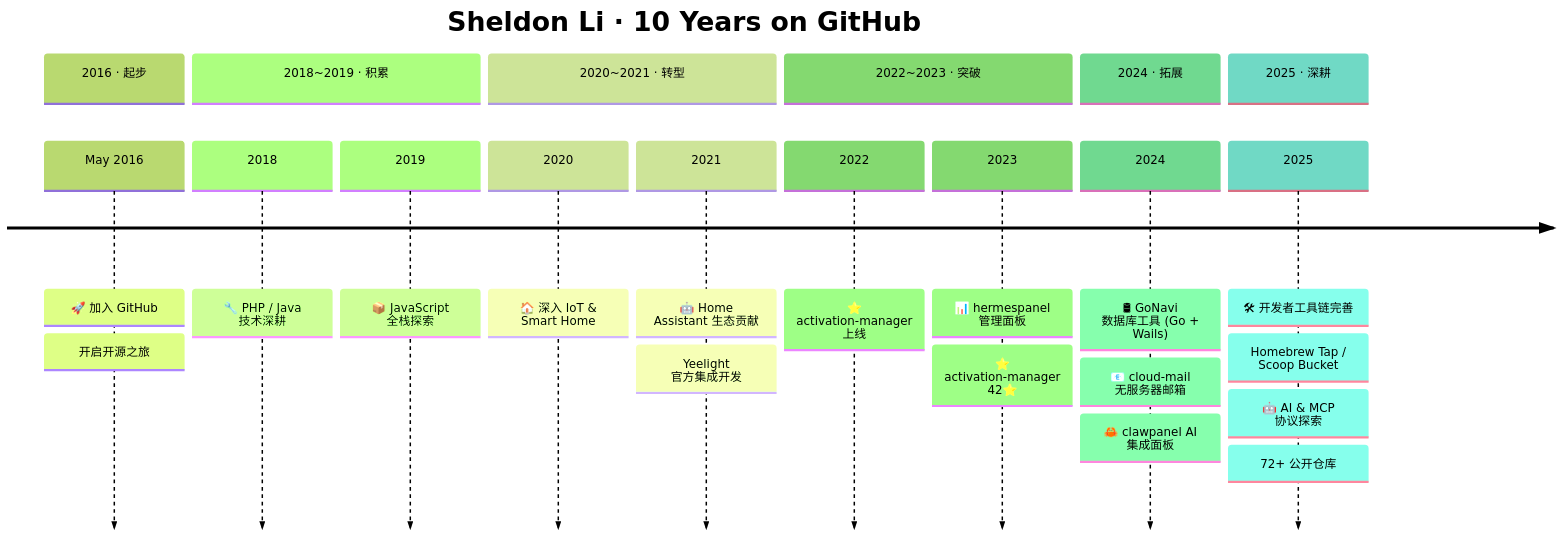
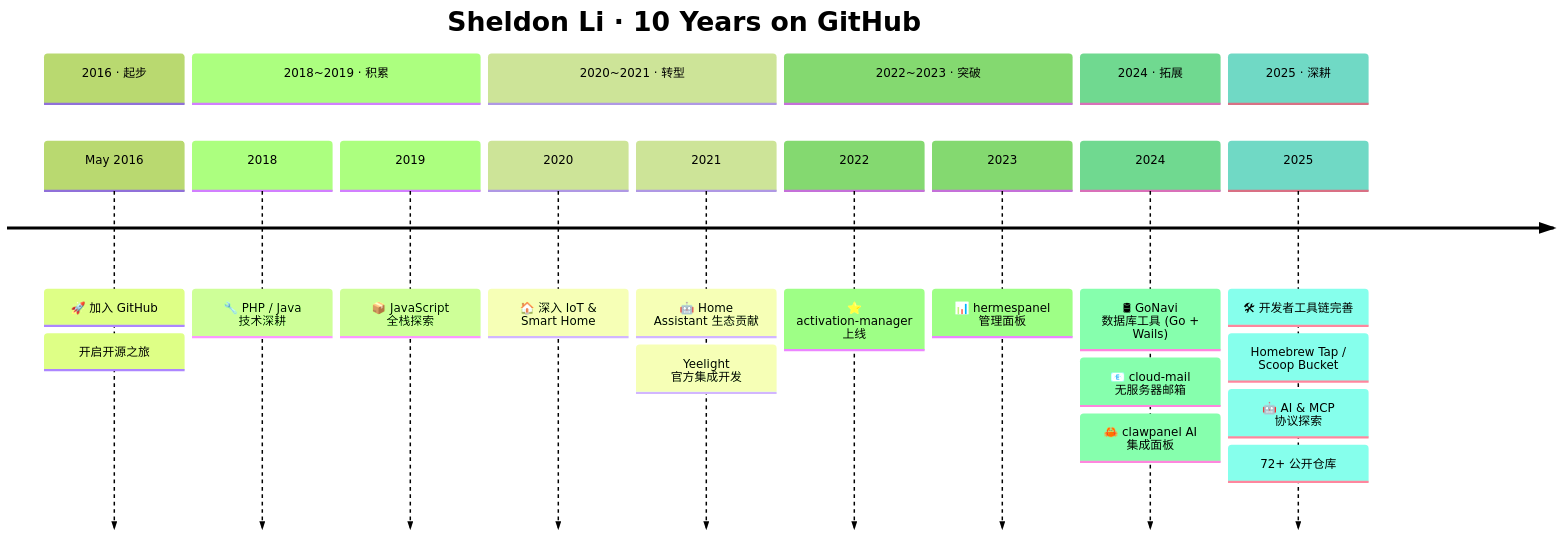
One commit to axdlee/axdlee changed the diagram in README.md. Above: the diagram before and after it, drawn with Mermaid (forest theme). The commit also changed other lines of this file and 1 other file, not shown here.

````diff
--- a/README.md
+++ b/README.md
@@ -267,27 +248,26 @@
 ```mermaid
 timeline
     title Sheldon Li · 10 Years on GitHub
     section 2016 · 起步
         May 2016 : 🚀 加入 GitHub
                   : 开启开源之旅
     section 2018~2019 · 积累
         2018 : 🔧 PHP / Java 技术深耕
         2019 : 📦 JavaScript 全栈探索
     section 2020~2021 · 转型
         2020 : 🏠 深入 IoT & Smart Home
         2021 : 🤖 Home Assistant 生态贡献
              : Yeelight 官方集成开发
     section 2022~2023 · 突破
         2022 : ⭐ activation-manager 上线
         2023 : 📊 hermespanel 管理面板
-             : ⭐ activation-manager 42⭐
     section 2024 · 拓展
         2024 : 🛢 GoNavi 数据库工具 (Go + Wails)
              : 📧 cloud-mail 无服务器邮箱
              : 🦀 clawpanel AI 集成面板
     section 2025 · 深耕
         2025 : 🛠 开发者工具链完善
              : Homebrew Tap / Scoop Bucket
              : 🤖 AI & MCP 协议探索
              : 72+ 公开仓库
 ```
````
